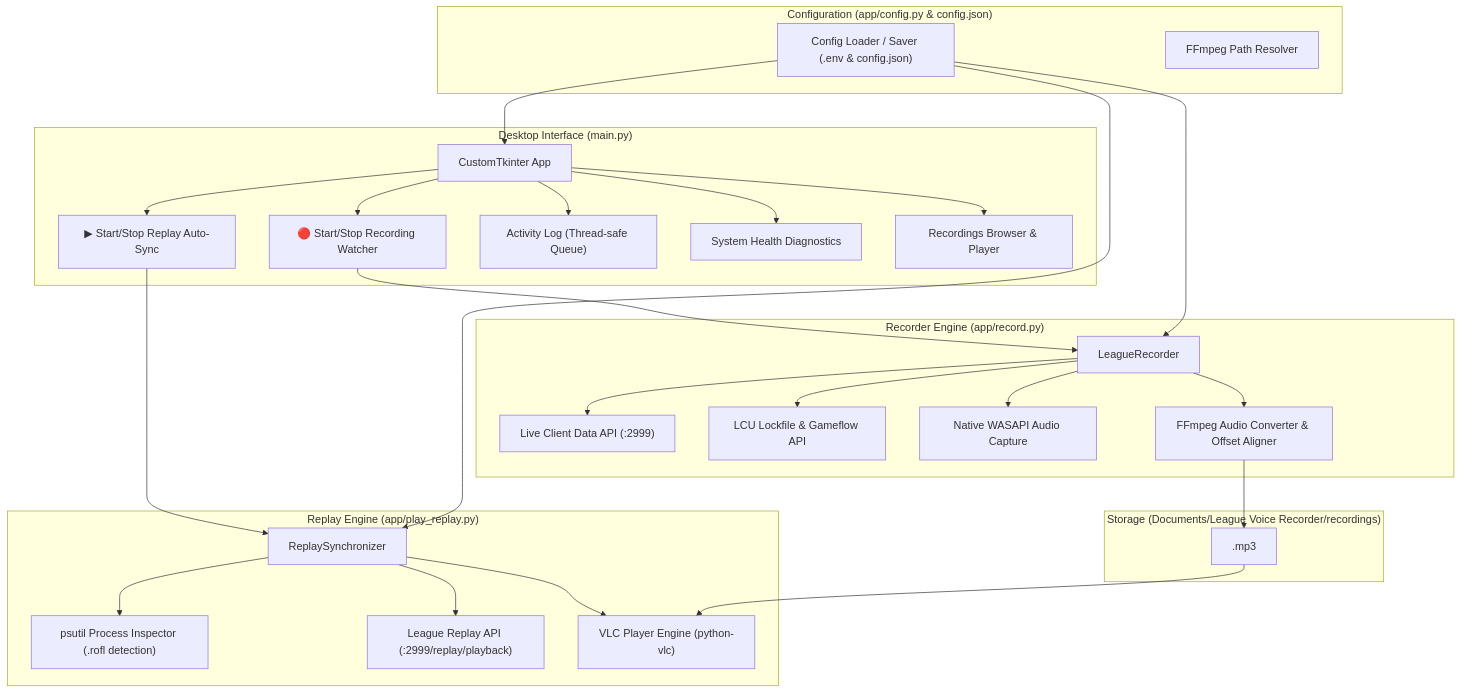
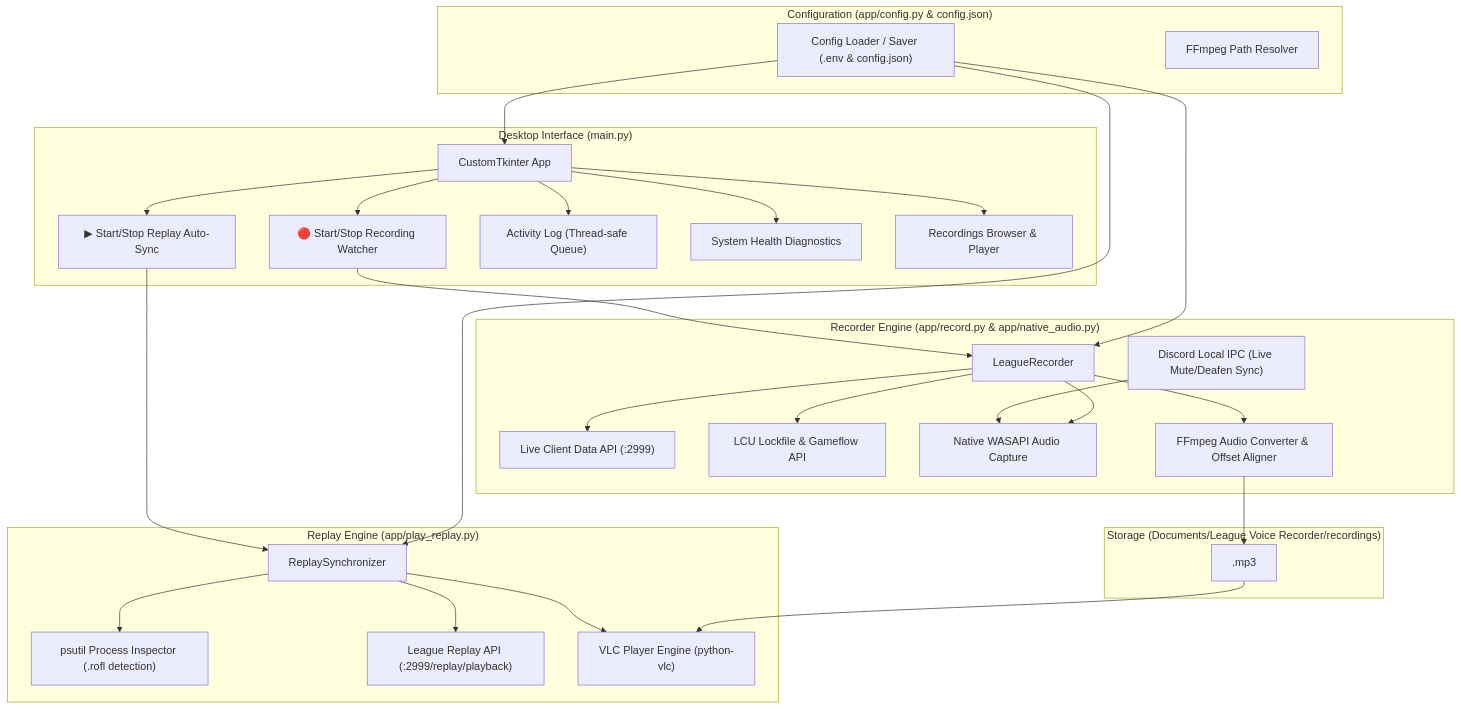
One commit to betterix/league-voice-recorder changed the diagram in README.md. Above: the diagram before and after it, drawn with Mermaid. The commit also changed other lines of this file and 11 other files, not shown here.

````diff
--- a/README.md
+++ b/README.md
@@ -66,51 +66,53 @@
 ```mermaid
 flowchart TD
     subgraph UI_Layer ["Desktop Interface (main.py)"]
         GUI["CustomTkinter App"]
         RecBtn["🔴 Start/Stop Recording Watcher"]
         RepBtn["▶ Start/Stop Replay Auto-Sync"]
         LogBox["Activity Log (Thread-safe Queue)"]
         HealthRibbon["System Health Diagnostics"]
         RecExplorer["Recordings Browser & Player"]
     end
 
     subgraph Config_Layer ["Configuration (app/config.py & config.json)"]
         Cfg["Config Loader / Saver (.env & config.json)"]
         FFmpegHelper["FFmpeg Path Resolver"]
     end
 
-    subgraph Recorder_Engine ["Recorder Engine (app/record.py)"]
+    subgraph Recorder_Engine ["Recorder Engine (app/record.py & app/native_audio.py)"]
         LeagueRec["LeagueRecorder"]
         LiveAPI["Live Client Data API (:2999)"]
         LCULockfile["LCU Lockfile & Gameflow API"]
+        DiscordIPC["Discord Local IPC (Live Mute/Deafen Sync)"]
         NativeWASAPI["Native WASAPI Audio Capture"]
         FFmpegProc["FFmpeg Audio Converter & Offset Aligner"]
     end
 
     subgraph Replay_Engine ["Replay Engine (app/play_replay.py)"]
         ReplaySync["ReplaySynchronizer"]
         ProcIter["psutil Process Inspector (.rofl detection)"]
         ReplayAPI["League Replay API (:2999/replay/playback)"]
         VLC["VLC Player Engine (python-vlc)"]
     end
 
     subgraph Storage ["Storage (Documents/League Voice Recorder/recordings)"]
         AudioFiles["<GameID>.mp3"]
     end
 
     GUI --> RecBtn & RepBtn & LogBox & HealthRibbon & RecExplorer
     RecBtn --> LeagueRec
     RepBtn --> ReplaySync
     Cfg --> LeagueRec & ReplaySync & GUI
 
     LeagueRec --> LiveAPI
     LeagueRec --> LCULockfile
+    DiscordIPC --> NativeWASAPI
     LeagueRec --> NativeWASAPI
     LeagueRec --> FFmpegProc
     FFmpegProc --> AudioFiles
 
     ReplaySync --> ProcIter
     ReplaySync --> ReplayAPI
     ReplaySync --> VLC
     AudioFiles --> VLC
 ```
````
